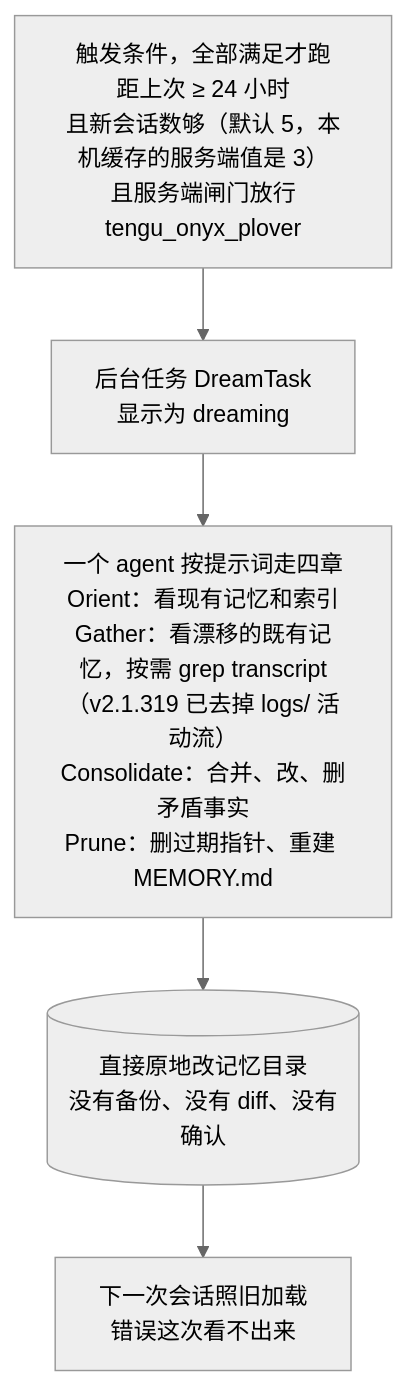
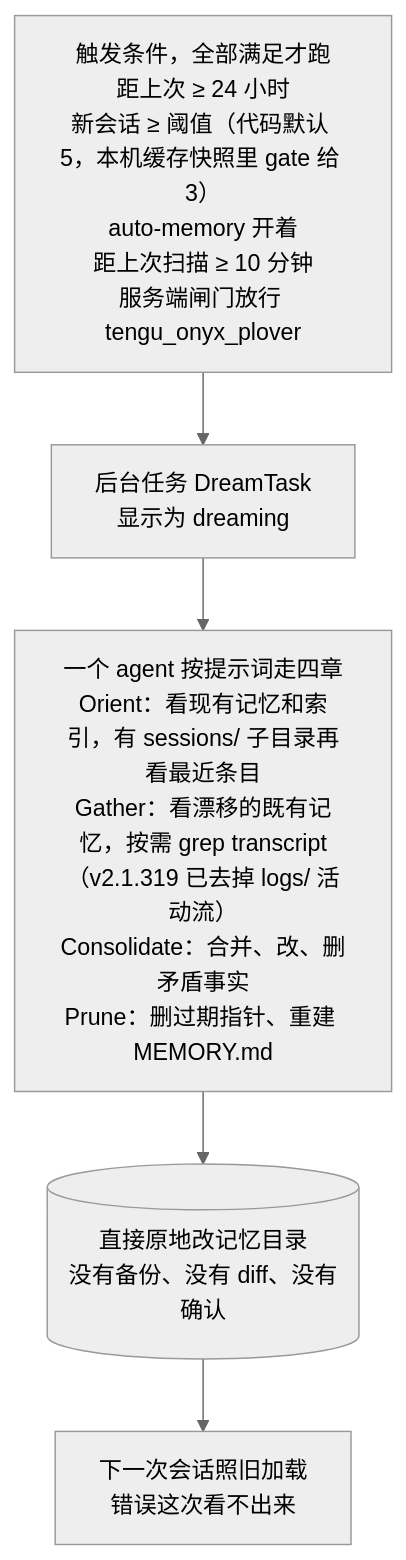
One commit to seapawn1/ClaudeDream changed the second of 2 diagrams in docs/dreaming-architectures.md. Above: the diagram before and after it, drawn with Mermaid (neutral theme). The commit also changed other lines of this file and 2 other files, not shown here.

````diff
--- a/docs/dreaming-architectures.md
+++ b/docs/dreaming-architectures.md
@@ -31,7 +31,7 @@
 ```mermaid
 flowchart TD
-    T["触发条件，全部满足才跑<br/>距上次 ≥ 24 小时<br/>且新会话数够（默认 5，本机缓存的服务端值是 3）<br/>且服务端闸门放行<br/>tengu_onyx_plover"] --> D["后台任务 DreamTask<br/>显示为 dreaming"]
-    D --> P["一个 agent 按提示词走四章<br/>Orient：看现有记忆和索引<br/>Gather：看漂移的既有记忆，按需 grep transcript<br/>（v2.1.319 已去掉 logs/ 活动流）<br/>Consolidate：合并、改、删矛盾事实<br/>Prune：删过期指针、重建 MEMORY.md"]
+    T["触发条件，全部满足才跑<br/>距上次 ≥ 24 小时<br/>新会话 ≥ 阈值（代码默认 5，本机缓存快照里 gate 给 3）<br/>auto-memory 开着<br/>距上次扫描 ≥ 10 分钟<br/>服务端闸门放行 tengu_onyx_plover"] --> D["后台任务 DreamTask<br/>显示为 dreaming"]
+    D --> P["一个 agent 按提示词走四章<br/>Orient：看现有记忆和索引，有 sessions/ 子目录再看最近条目<br/>Gather：看漂移的既有记忆，按需 grep transcript（v2.1.319 已去掉 logs/ 活动流）<br/>Consolidate：合并、改、删矛盾事实<br/>Prune：删过期指针、重建 MEMORY.md"]
     P --> W[("直接原地改记忆目录<br/>没有备份、没有 diff、没有确认")]
     W --> N["下一次会话照旧加载<br/>错误这次看不出来"]
 ```
````
